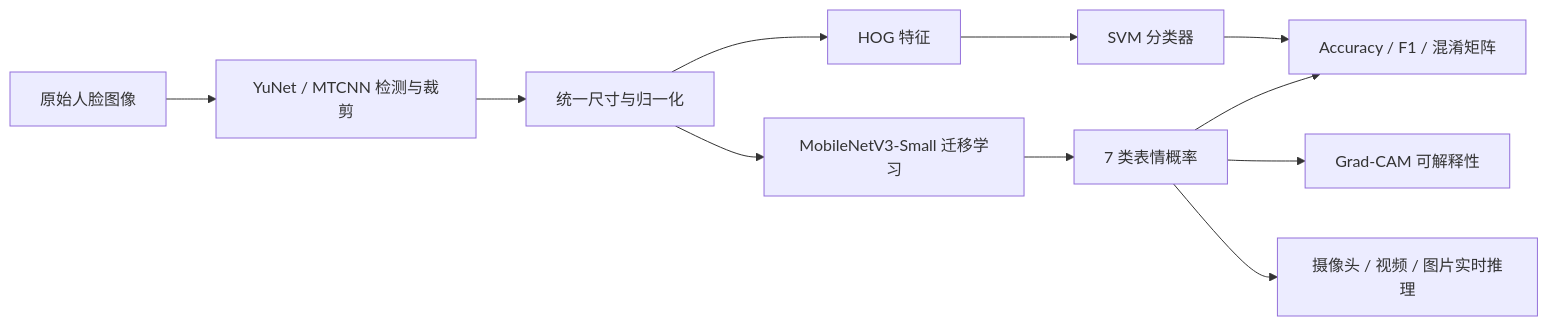
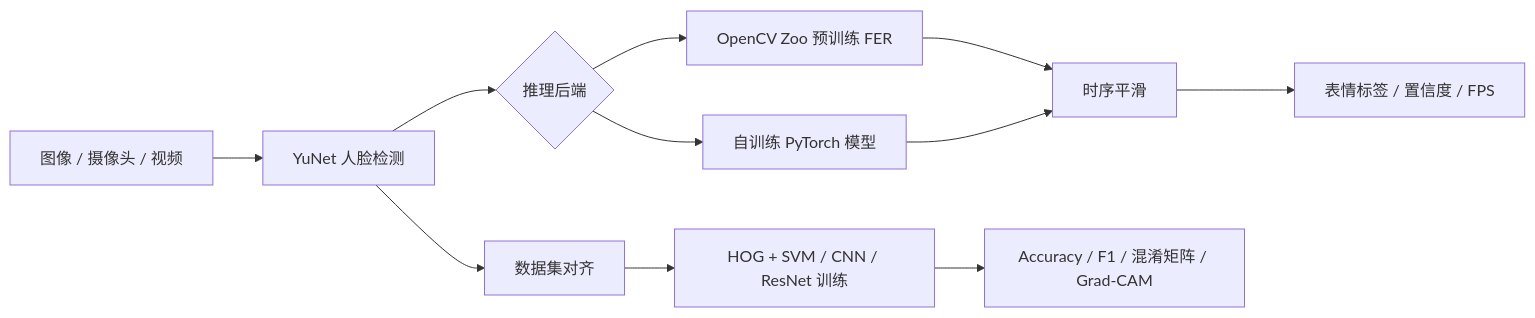
The diagram in README.md (hsbd99/face-emotion-recognition-learning), drawn with Mermaid before and after one commit. The commit also changed other lines of this file and 18 other files, not shown here.

````diff
--- a/README.md
+++ b/README.md
@@ -38,13 +51,13 @@
 ```mermaid
 flowchart LR
-    A[原始人脸图像] --> B[YuNet / MTCNN 检测与裁剪]
-    B --> C[统一尺寸与归一化]
-    C --> D1[HOG 特征]
-    D1 --> E1[SVM 分类器]
-    C --> D2[MobileNetV3-Small 迁移学习]
-    D2 --> E2[7 类表情概率]
-    E1 --> F[Accuracy / F1 / 混淆矩阵]
-    E2 --> F
-    E2 --> G[Grad-CAM 可解释性]
-    E2 --> H[摄像头 / 视频 / 图片实时推理]
+    A[图像 / 摄像头 / 视频] --> B[YuNet 人脸检测]
+    B --> C{推理后端}
+    C --> D[OpenCV Zoo 预训练 FER]
+    C --> E[自训练 PyTorch 模型]
+    D --> F[时序平滑]
+    E --> F
+    F --> G[表情标签 / 置信度 / FPS]
+    B --> H[数据集对齐]
+    H --> I[HOG + SVM / CNN / ResNet 训练]
+    I --> J[Accuracy / F1 / 混淆矩阵 / Grad-CAM]
 ```
````
